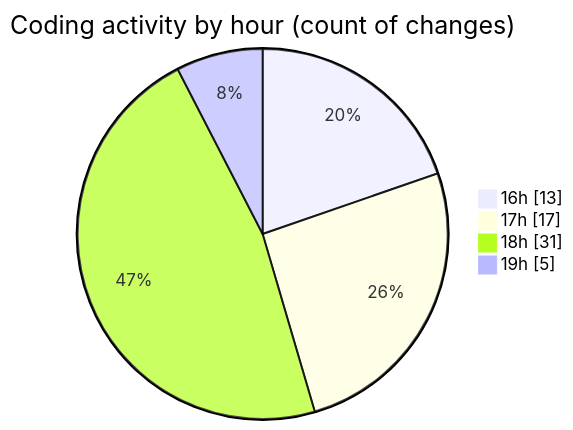
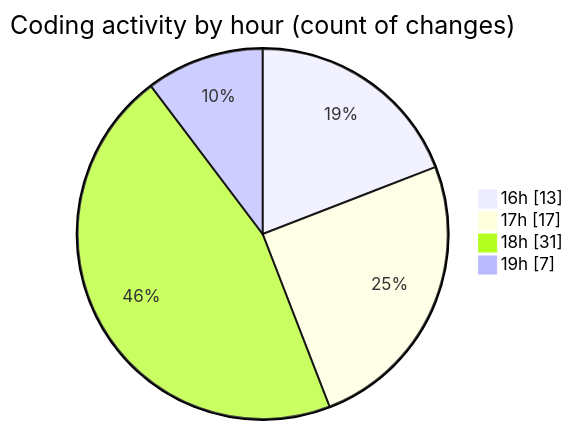
One commit to idhammustaqopulfikri/code-tracking changed the second of 2 diagrams in 2025-05-28/studio-backend/README.md. Above: the diagram before and after it, drawn with Mermaid. The commit also changed other lines of this file and 1 other file, not shown here.

````diff
--- a/2025-05-28/studio-backend/README.md
+++ b/2025-05-28/studio-backend/README.md
@@ -47,8 +47,8 @@
 ```mermaid
 pie showData
 title Coding activity by hour (count of changes)
 "16h" : 13
 "17h" : 17
 "18h" : 31
-"19h" : 5
+"19h" : 7
 ```
````
